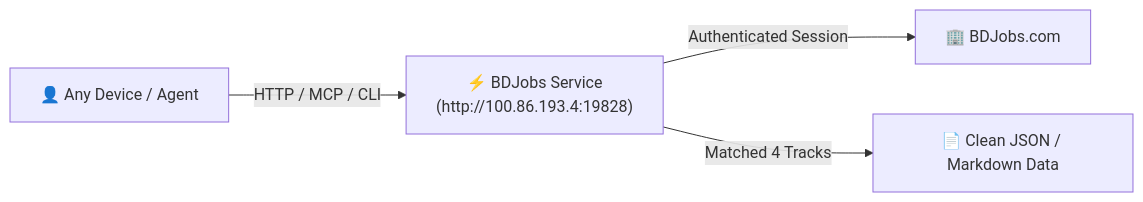
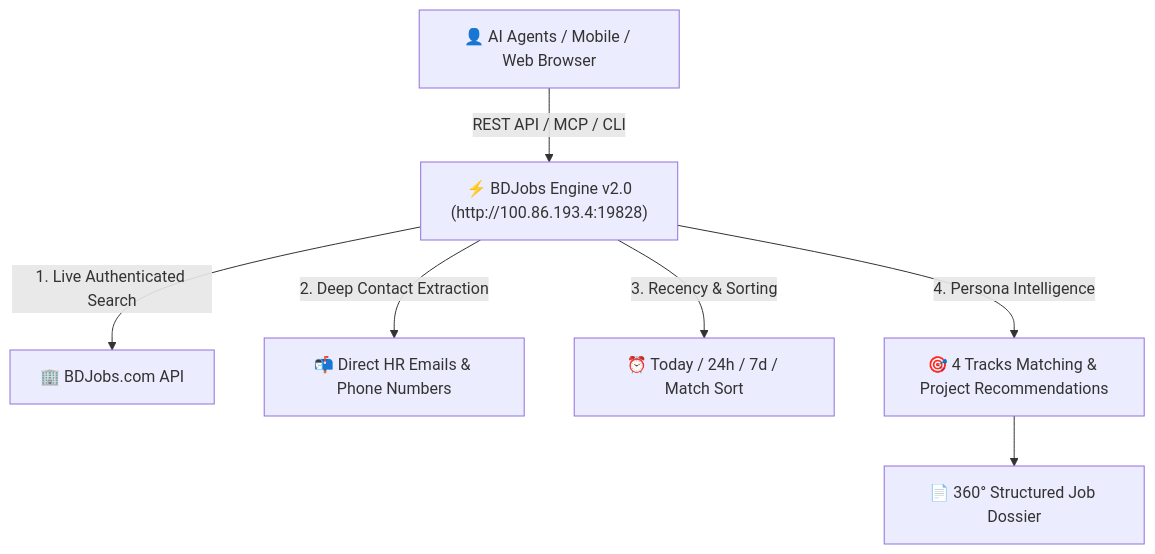
Before and after one commit to junoisnowai/my-job-search: the diagram in BDJOBS_API_MCP_GUIDE.md, drawn with Mermaid. The commit also changed other lines of this file and 5 other files, not shown here.

````diff
--- a/BDJOBS_API_MCP_GUIDE.md
+++ b/BDJOBS_API_MCP_GUIDE.md
@@ -9,6 +9,9 @@
 ```mermaid
-graph LR
-    User["👤 Any Device / Agent"] -->|HTTP / MCP / CLI| API["⚡ BDJobs Service<br>(http://100.86.193.4:19828)"]
-    API -->|Authenticated Session| BDJobs["🏢 BDJobs.com"]
-    API -->|Matched 4 Tracks| Result["📄 Clean JSON / Markdown Data"]
+graph TD
+    User["👤 AI Agents / Mobile / Web Browser"] -->|REST API / MCP / CLI| Core["⚡ BDJobs Engine v2.0<br>(http://100.86.193.4:19828)"]
+    Core -->|1. Live Authenticated Search| BDJobs["🏢 BDJobs.com API"]
+    Core -->|2. Deep Contact Extraction| Extraction["📬 Direct HR Emails & Phone Numbers"]
+    Core -->|3. Recency & Sorting| Sorting["⏰ Today / 24h / 7d / Match Sort"]
+    Core -->|4. Persona Intelligence| Persona["🎯 4 Tracks Matching & Project Recommendations"]
+    Persona --> Output["📄 360° Structured Job Dossier"]
 ```
````
